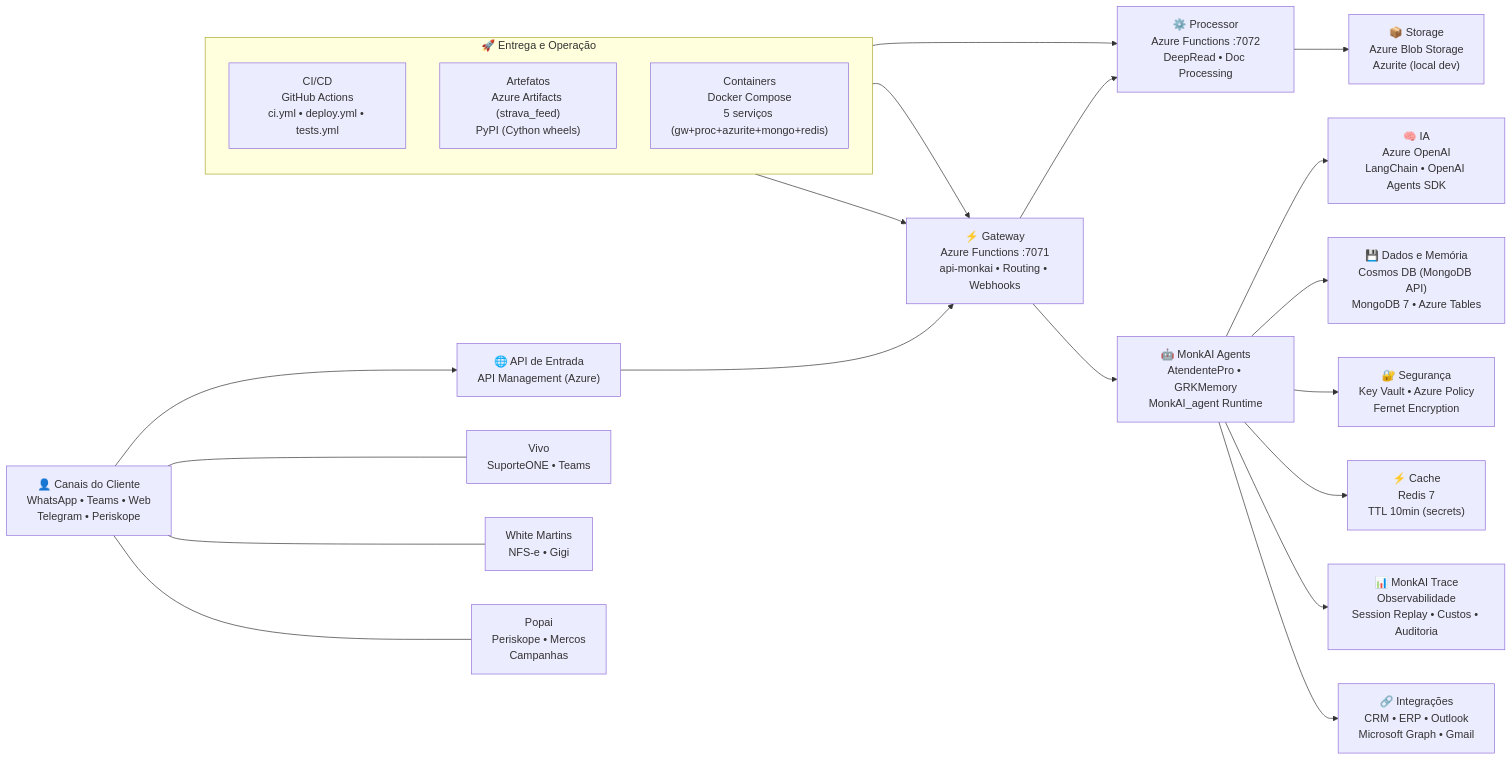
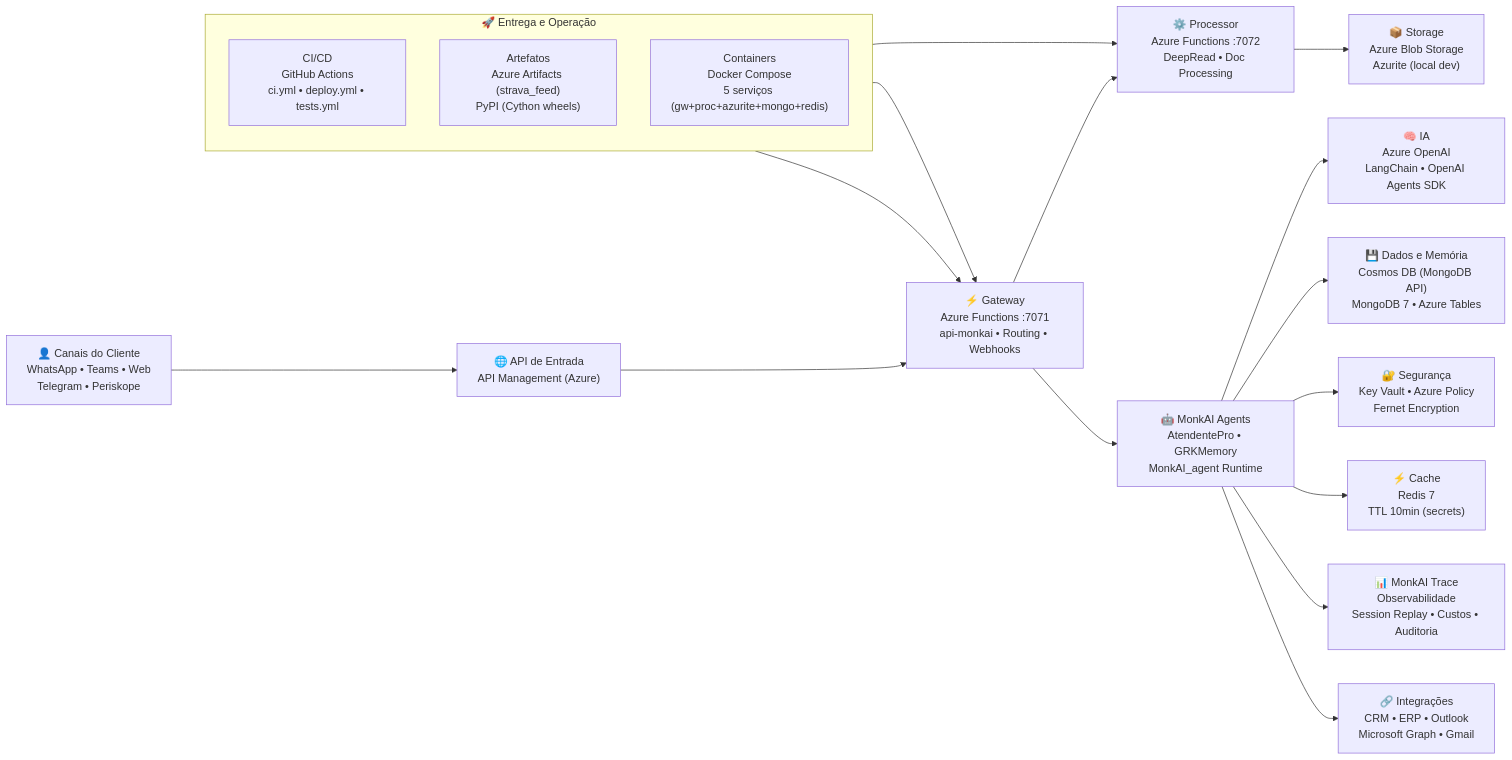
Before and after one commit to BeMonkAI/docs: the first of 7 diagrams in ARQUITETURA.md, drawn with Mermaid.

Commit message:
style: remove client names from architecture diagram
Remove Vivo, White Martins, and Popai references to keep the
diagram generic and client-agnostic.

````diff
--- a/ARQUITETURA.md
+++ b/ARQUITETURA.md
@@ -9,40 +9,32 @@
 ```mermaid
 flowchart LR
     U["👤 Canais do Cliente<br/>WhatsApp • Teams • Web<br/>Telegram • Periskope"] --> APIM["🌐 API de Entrada<br/>API Management (Azure)"]
 
     APIM --> GW["⚡ Gateway<br/>Azure Functions :7071<br/>api-monkai • Routing • Webhooks"]
 
     GW --> PROC["⚙️ Processor<br/>Azure Functions :7072<br/>DeepRead • Doc Processing"]
 
     GW --> Agent["🤖 MonkAI Agents<br/>AtendentePro • GRKMemory<br/>MonkAI_agent Runtime"]
 
     Agent --> AOAI["🧠 IA<br/>Azure OpenAI<br/>LangChain • OpenAI Agents SDK"]
     Agent --> Data["💾 Dados e Memória<br/>Cosmos DB (MongoDB API)<br/>MongoDB 7 • Azure Tables"]
     Agent --> KV["🔐 Segurança<br/>Key Vault • Azure Policy<br/>Fernet Encryption"]
     Agent --> Cache["⚡ Cache<br/>Redis 7<br/>TTL 10min (secrets)"]
 
     Agent --> Trace["📊 MonkAI Trace<br/>Observabilidade<br/>Session Replay • Custos • Auditoria"]
 
     Agent --> Int["🔗 Integrações<br/>CRM • ERP • Outlook<br/>Microsoft Graph • Gmail"]
 
     PROC --> Blob["📦 Storage<br/>Azure Blob Storage<br/>Azurite (local dev)"]
 
-    Vivo["Vivo<br/>SuporteONE • Teams"]
-    WM["White Martins<br/>NFS-e • Gigi"]
-    Popai["Popai<br/>Periskope • Mercos<br/>Campanhas"]
-
-    U --- Vivo
-    U --- WM
-    U --- Popai
-
     subgraph Deploy["🚀 Entrega e Operação"]
         direction TB
         CI["CI/CD<br/>GitHub Actions<br/>ci.yml • deploy.yml • tests.yml"]
         Artifacts["Artefatos<br/>Azure Artifacts (strava_feed)<br/>PyPI (Cython wheels)"]
         Docker["Containers<br/>Docker Compose<br/>5 serviços (gw+proc+azurite+mongo+redis)"]
     end
 
     CI --> GW
     CI --> PROC
     Artifacts --> GW
 ```
````
